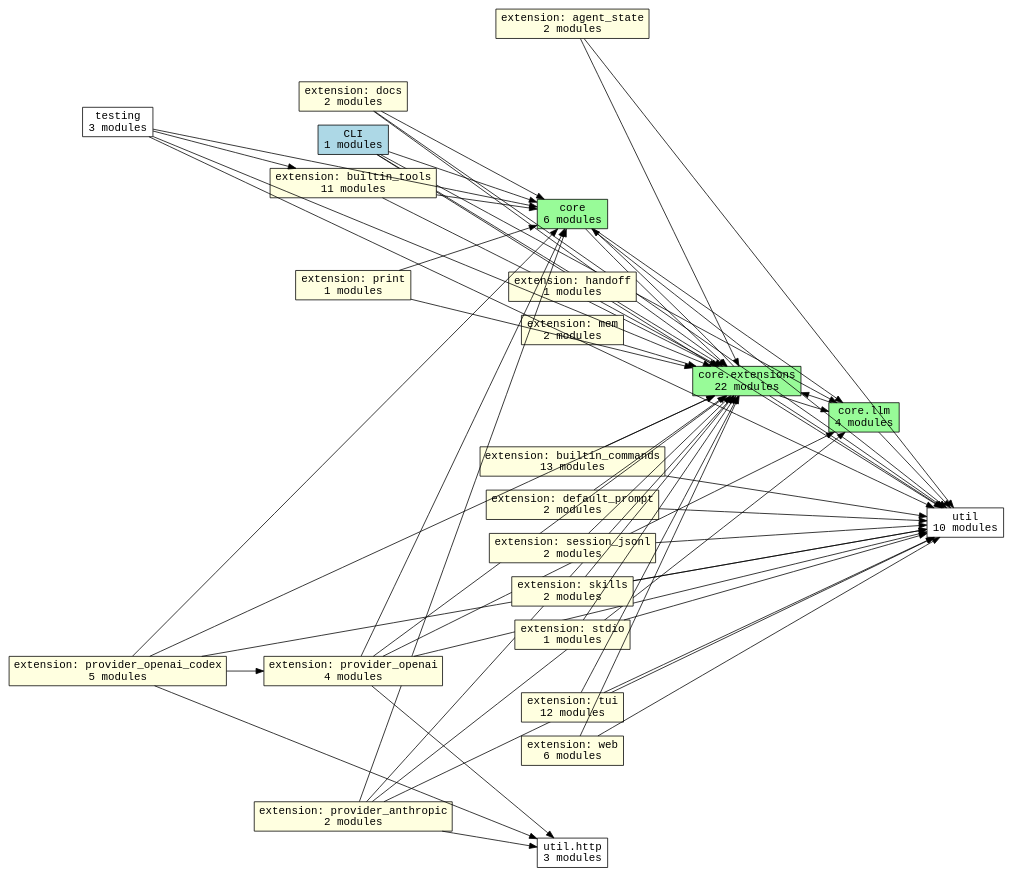
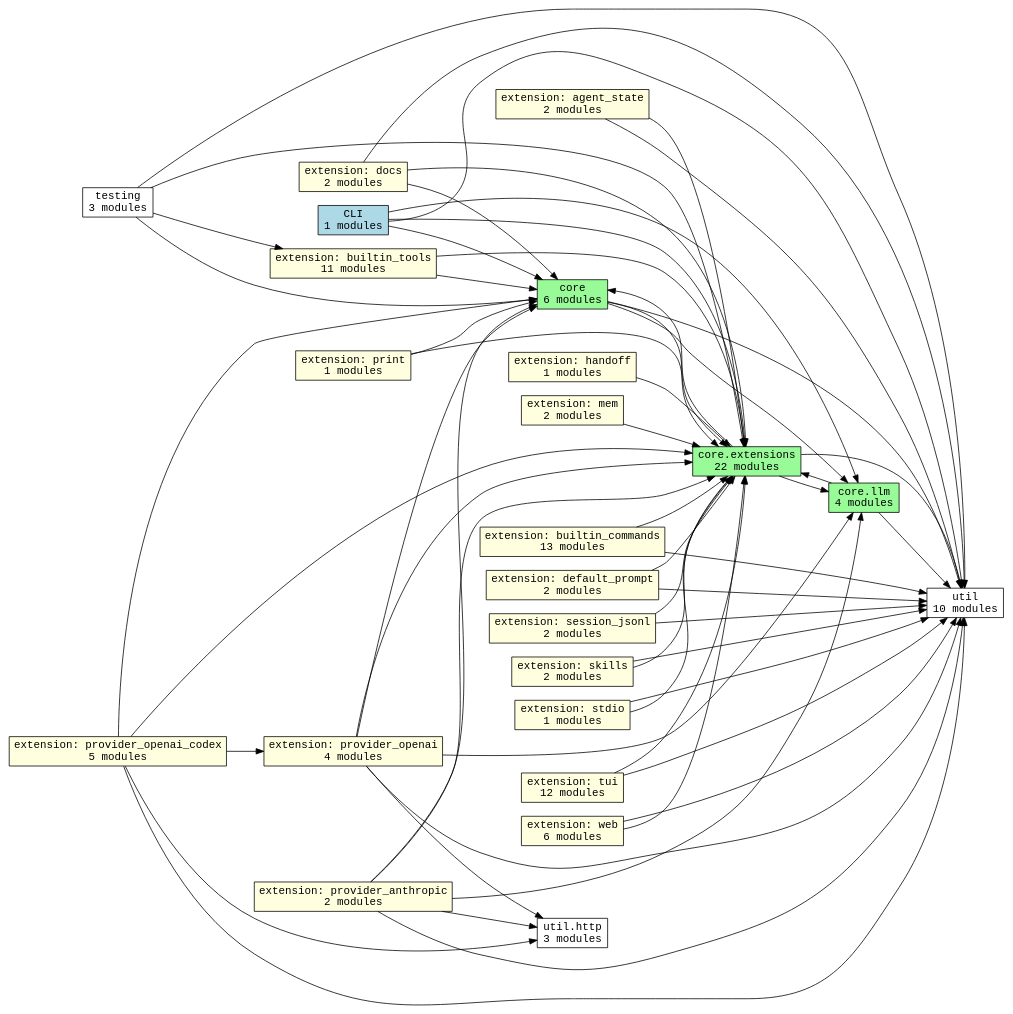
The diagram in docs/generated/graphs/subsystems.dot (acmiyaguchi/fen), drawn with Graphviz before and after one commit. The commit also changed 10 other files, not shown here.

Commit message:
Keep flat module graph and add clustered variant

```diff
--- a/docs/generated/graphs/subsystems.dot
+++ b/docs/generated/graphs/subsystems.dot
@@ -1,84 +1,84 @@
 digraph fen_subsystems {
-  graph [rankdir=LR, splines=false];
+  graph [rankdir=LR];
   node [shape=box, fontname="monospace"];
   edge [fontname="monospace"];
   "cli" [fillcolor="lightblue", label="CLI\n1 modules", style="filled"];
   "core" [fillcolor="palegreen", label="core\n6 modules", style="filled"];
   "core.extensions" [fillcolor="palegreen", label="core.extensions\n22 modules", style="filled"];
   "core.llm" [fillcolor="palegreen", label="core.llm\n4 modules", style="filled"];
   "extension.agent_state" [fillcolor="lightyellow", label="extension: agent_state\n2 modules", style="filled"];
   "extension.builtin_commands" [fillcolor="lightyellow", label="extension: builtin_commands\n13 modules", style="filled"];
   "extension.builtin_tools" [fillcolor="lightyellow", label="extension: builtin_tools\n11 modules", style="filled"];
   "extension.default_prompt" [fillcolor="lightyellow", label="extension: default_prompt\n2 modules", style="filled"];
   "extension.docs" [fillcolor="lightyellow", label="extension: docs\n2 modules", style="filled"];
   "extension.handoff" [fillcolor="lightyellow", label="extension: handoff\n1 modules", style="filled"];
   "extension.mem" [fillcolor="lightyellow", label="extension: mem\n2 modules", style="filled"];
   "extension.print" [fillcolor="lightyellow", label="extension: print\n1 modules", style="filled"];
   "extension.provider_anthropic" [fillcolor="lightyellow", label="extension: provider_anthropic\n2 modules", style="filled"];
   "extension.provider_openai" [fillcolor="lightyellow", label="extension: provider_openai\n4 modules", style="filled"];
   "extension.provider_openai_codex" [fillcolor="lightyellow", label="extension: provider_openai_codex\n5 modules", style="filled"];
   "extension.session_jsonl" [fillcolor="lightyellow", label="extension: session_jsonl\n2 modules", style="filled"];
   "extension.skills" [fillcolor="lightyellow", label="extension: skills\n2 modules", style="filled"];
   "extension.stdio" [fillcolor="lightyellow", label="extension: stdio\n1 modules", style="filled"];
   "extension.tui" [fillcolor="lightyellow", label="extension: tui\n12 modules", style="filled"];
   "extension.web" [fillcolor="lightyellow", label="extension: web\n6 modules", style="filled"];
   "testing" [fillcolor="white", label="testing\n3 modules", style="filled"];
   "util" [fillcolor="white", label="util\n10 modules", style="filled"];
   "util.http" [fillcolor="white", label="util.http\n3 modules", style="filled"];
   "cli" -> "core";
   "cli" -> "core.extensions";
   "cli" -> "core.llm";
   "cli" -> "util";
   "core" -> "core.extensions";
   "core" -> "core.llm";
   "core" -> "util";
   "core.extensions" -> "core";
   "core.extensions" -> "core.llm";
   "core.extensions" -> "util";
   "core.llm" -> "core.extensions";
   "core.llm" -> "util";
   "extension.agent_state" -> "core.extensions";
   "extension.agent_state" -> "util";
   "extension.builtin_commands" -> "core.extensions";
   "extension.builtin_commands" -> "util";
   "extension.builtin_tools" -> "core";
   "extension.builtin_tools" -> "core.extensions";
   "extension.default_prompt" -> "core.extensions";
   "extension.default_prompt" -> "util";
   "extension.docs" -> "core";
   "extension.docs" -> "core.extensions";
   "extension.docs" -> "util";
   "extension.handoff" -> "core.extensions";
   "extension.mem" -> "core.extensions";
   "extension.print" -> "core";
   "extension.print" -> "core.extensions";
   "extension.provider_anthropic" -> "core";
   "extension.provider_anthropic" -> "core.extensions";
   "extension.provider_anthropic" -> "core.llm";
   "extension.provider_anthropic" -> "util";
   "extension.provider_anthropic" -> "util.http";
   "extension.provider_openai" -> "core";
   "extension.provider_openai" -> "core.extensions";
   "extension.provider_openai" -> "core.llm";
   "extension.provider_openai" -> "util";
   "extension.provider_openai" -> "util.http";
   "extension.provider_openai_codex" -> "core";
   "extension.provider_openai_codex" -> "core.extensions";
   "extension.provider_openai_codex" -> "extension.provider_openai";
   "extension.provider_openai_codex" -> "util";
   "extension.provider_openai_codex" -> "util.http";
   "extension.session_jsonl" -> "core.extensions";
   "extension.session_jsonl" -> "util";
   "extension.skills" -> "core.extensions";
   "extension.skills" -> "util";
   "extension.stdio" -> "core.extensions";
   "extension.stdio" -> "util";
   "extension.tui" -> "core.extensions";
   "extension.tui" -> "util";
   "extension.web" -> "core.extensions";
   "extension.web" -> "util";
   "testing" -> "core";
   "testing" -> "core.extensions";
   "testing" -> "extension.builtin_tools";
   "testing" -> "util";
 }
```
